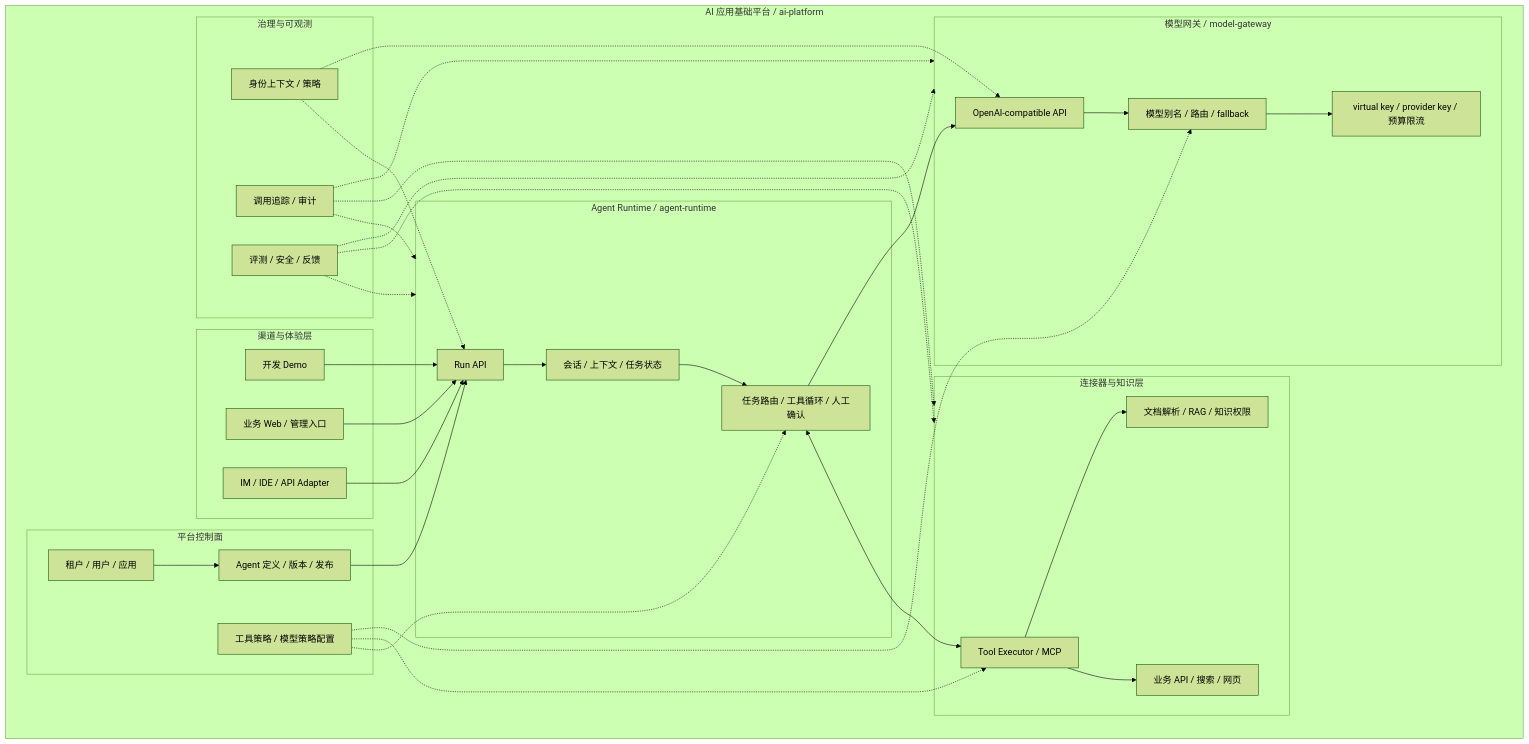
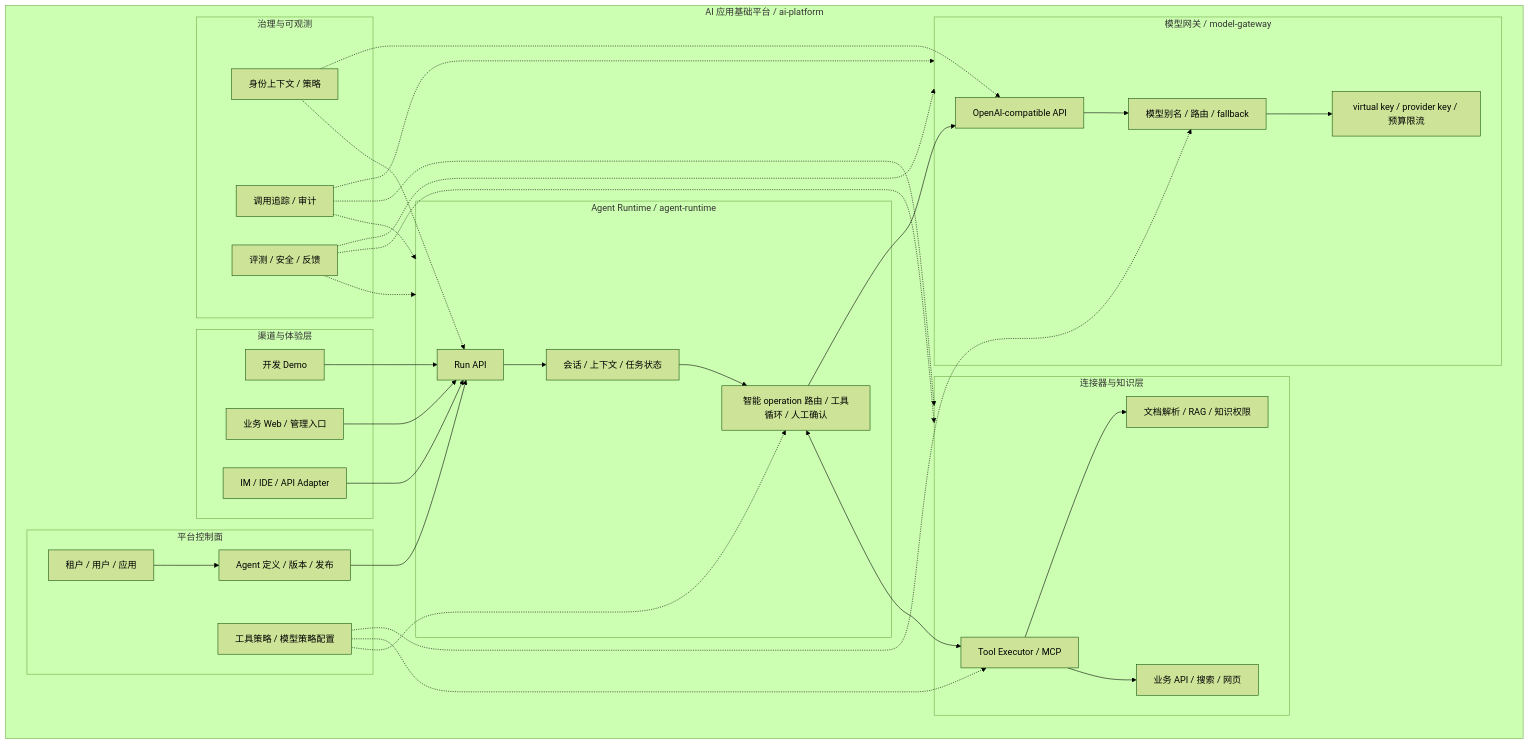
The first of 2 diagrams in docs/ai-structure.md (leidaibo-lab/ai-platform), drawn with Mermaid (forest theme) before and after one commit. The commit also changed other lines of this file and 71 other files, not shown here.

Commit message:
feat(runtime): 落地智能路由与多轮图片编辑

````diff
--- a/docs/ai-structure.md
+++ b/docs/ai-structure.md
@@ -30,65 +30,65 @@
 ```mermaid
 flowchart TB
   subgraph AiPlatform["AI 应用基础平台 / ai-platform"]
     subgraph Experience["渠道与体验层"]
       Demo["开发 Demo"]
       Web["业务 Web / 管理入口"]
       Channels["IM / IDE / API Adapter"]
     end
 
     subgraph ControlPlane["平台控制面"]
       Tenant["租户 / 用户 / 应用"]
       AgentDefinition["Agent 定义 / 版本 / 发布"]
       PolicyConfig["工具策略 / 模型策略配置"]
     end
 
     subgraph Runtime["Agent Runtime / agent-runtime"]
       RunApi["Run API"]
       Session["会话 / 上下文 / 任务状态"]
-      Orchestrator["任务路由 / 工具循环 / 人工确认"]
+      Orchestrator["智能 operation 路由 / 工具循环 / 人工确认"]
     end
 
     subgraph Connector["连接器与知识层"]
       ToolExecutor["Tool Executor / MCP"]
       BusinessApi["业务 API / 搜索 / 网页"]
       Knowledge["文档解析 / RAG / 知识权限"]
     end
 
     subgraph ModelGateway["模型网关 / model-gateway"]
       GatewayApi["OpenAI-compatible API"]
       ModelRoute["模型别名 / 路由 / fallback"]
       ModelAccess["virtual key / provider key / 预算限流"]
     end
 
     subgraph Governance["治理与可观测"]
       Identity["身份上下文 / 策略"]
       Trace["调用追踪 / 审计"]
       Evaluation["评测 / 安全 / 反馈"]
     end
   end
 
   Demo --> RunApi
   Web --> RunApi
   Channels --> RunApi
   Tenant --> AgentDefinition
   AgentDefinition --> RunApi
   PolicyConfig -.-> Orchestrator
   PolicyConfig -.-> ToolExecutor
   PolicyConfig -.-> ModelRoute
   RunApi --> Session
   Session --> Orchestrator
   Orchestrator <--> ToolExecutor
   ToolExecutor --> BusinessApi
   ToolExecutor --> Knowledge
   Orchestrator --> GatewayApi
   GatewayApi --> ModelRoute
   ModelRoute --> ModelAccess
   Identity -.-> RunApi
   Identity -.-> GatewayApi
   Trace -.-> Runtime
   Trace -.-> Connector
   Trace -.-> ModelGateway
   Evaluation -.-> Runtime
   Evaluation -.-> Connector
   Evaluation -.-> ModelGateway
 ```
````
